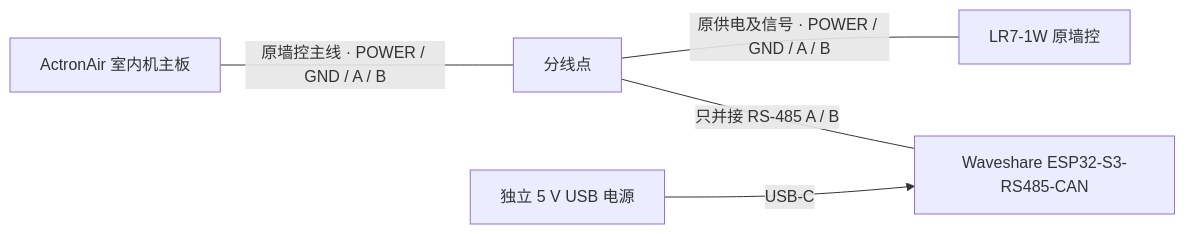
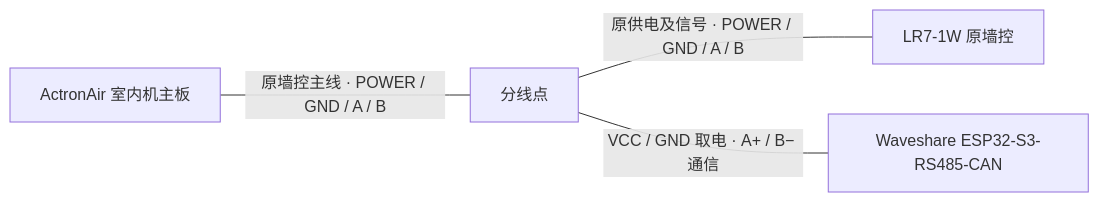
One commit to onlychuan/actronair-lr7-protocol changed the diagram in docs/implementation.md. Above: the diagram before and after it, drawn with Mermaid. The commit also changed other lines of this file and 1 other file, not shown here.

````diff
--- a/docs/implementation.md
+++ b/docs/implementation.md
@@ -28,7 +28,6 @@
 ```mermaid
 flowchart LR
     AC["ActronAir 室内机主板"] ---|"原墙控主线 · POWER / GND / A / B"| TAP["分线点"]
     TAP ---|"原供电及信号 · POWER / GND / A / B"| LR7["LR7-1W 原墙控"]
-    TAP ---|"只并接 RS-485 A / B"| ESP["Waveshare ESP32-S3-RS485-CAN"]
-    USB["独立 5 V USB 电源"] -->|"USB-C"| ESP
+    TAP ---|"VCC / GND 取电 · A+ / B− 通信"| ESP["Waveshare ESP32-S3-RS485-CAN"]
 ```
````
